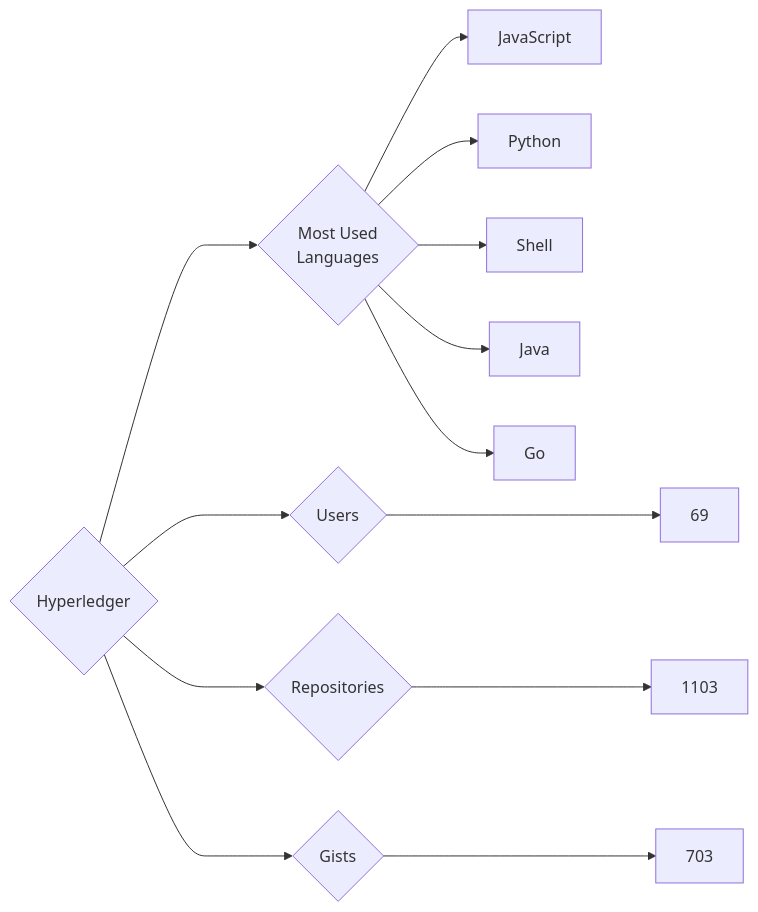
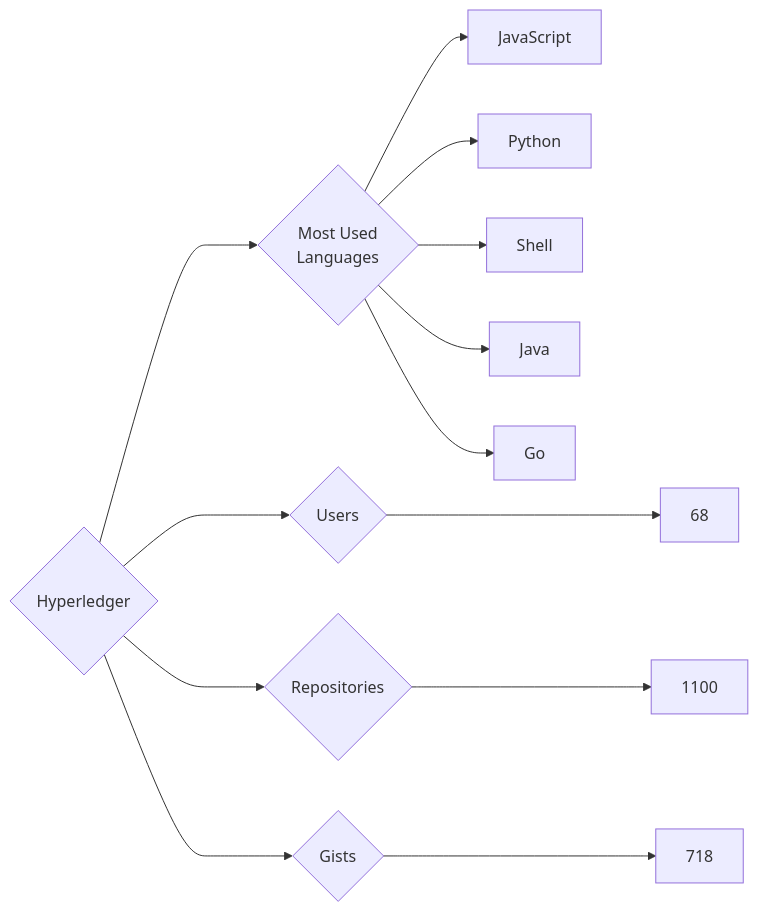
The diagram in targets/Hyperledger/README.md (trickest/insiders), drawn with Mermaid before and after one commit. The commit also changed 1030 other files, not shown here.

````diff
--- a/targets/Hyperledger/README.md
+++ b/targets/Hyperledger/README.md
@@ -3,13 +3,13 @@
 ```mermaid
 graph LR
 COMPANY_NAME{Hyperledger}
-COMPANY_NAME ---> U{Users} ---> UN[69]
-COMPANY_NAME ---> R{Repositories} ---> RN[1103]
-COMPANY_NAME ---> G{Gists} ---> GN[703]
+COMPANY_NAME ---> U{Users} ---> UN[68]
+COMPANY_NAME ---> R{Repositories} ---> RN[1100]
+COMPANY_NAME ---> G{Gists} ---> GN[718]
 COMPANY_NAME ---> ML{Most Used<br>Languages}
 ML --> JavaScript[JavaScript]
 ML --> Python[Python]
 ML --> Shell[Shell]
 ML --> Java[Java]
 ML --> Go[Go]
 ```
````
